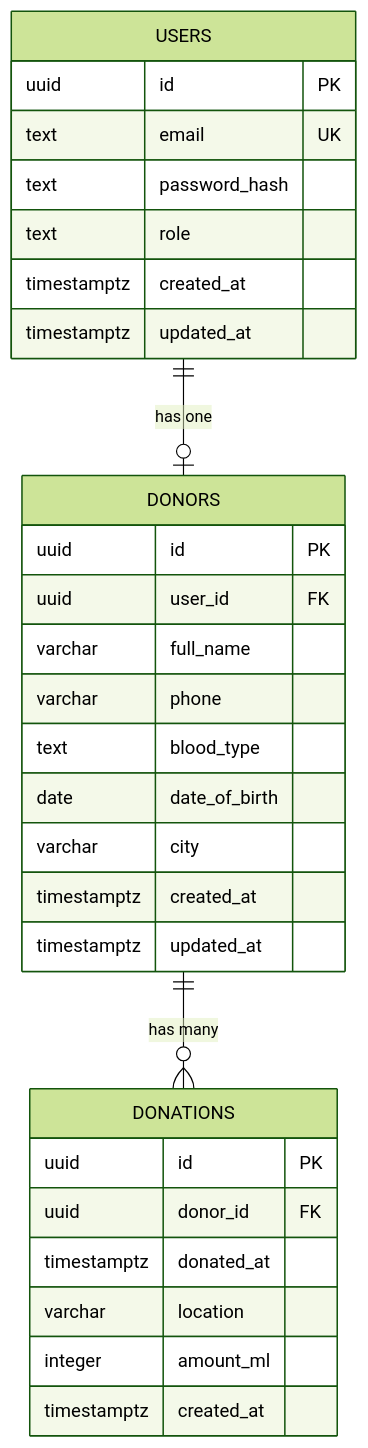
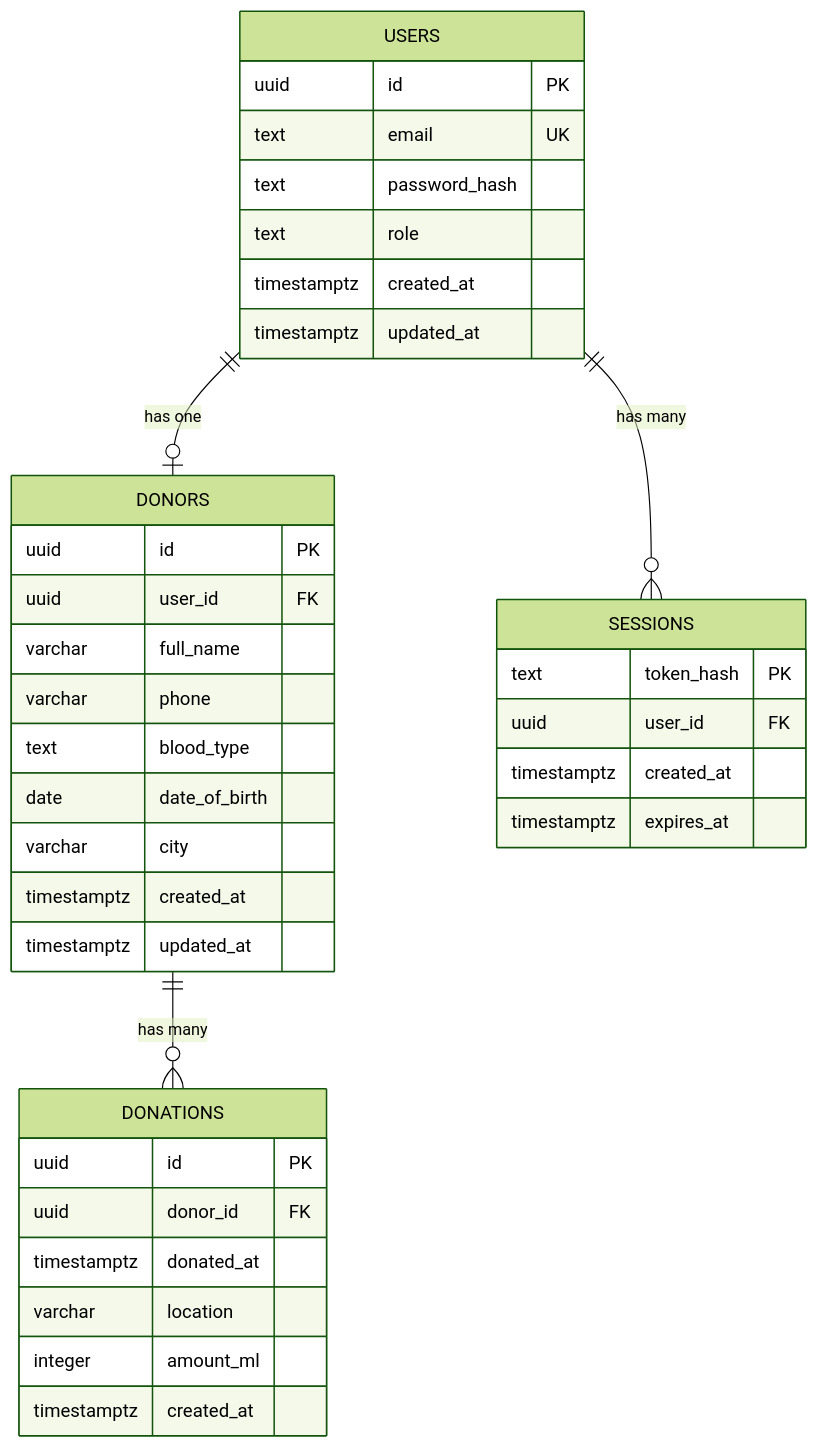
Before and after one commit to TasneemHazem10/cloud-project: the diagram in docs/data-model.md, drawn with Mermaid (forest theme). The commit also changed other lines of this file and 32 other files, not shown here.

````diff
--- a/docs/data-model.md
+++ b/docs/data-model.md
@@ -5,32 +5,39 @@
 ```mermaid
 erDiagram
   USERS ||--o| DONORS : "has one"
+  USERS ||--o{ SESSIONS : "has many"
   DONORS ||--o{ DONATIONS : "has many"
   USERS {
     uuid id PK
     text email UK
     text password_hash
     text role
     timestamptz created_at
     timestamptz updated_at
   }
   DONORS {
     uuid id PK
     uuid user_id FK
     varchar full_name
     varchar phone
     text blood_type
     date date_of_birth
     varchar city
     timestamptz created_at
     timestamptz updated_at
   }
   DONATIONS {
     uuid id PK
     uuid donor_id FK
     timestamptz donated_at
     varchar location
     integer amount_ml
     timestamptz created_at
   }
+  SESSIONS {
+    text token_hash PK
+    uuid user_id FK
+    timestamptz created_at
+    timestamptz expires_at
+  }
 ```
````
